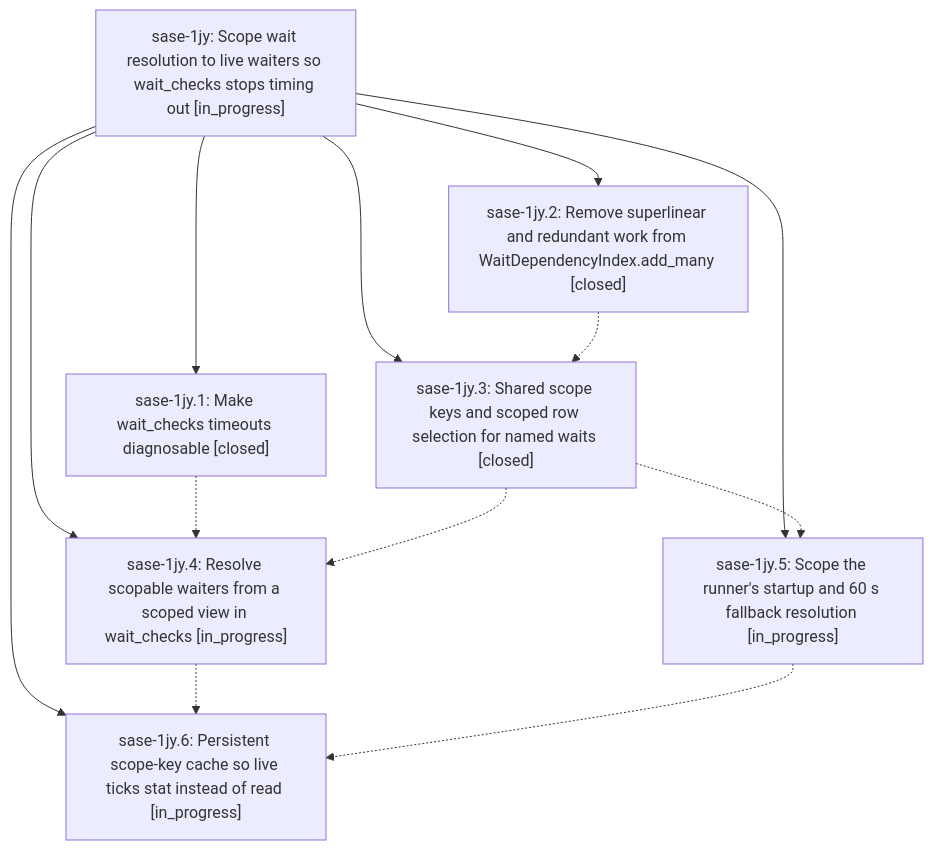
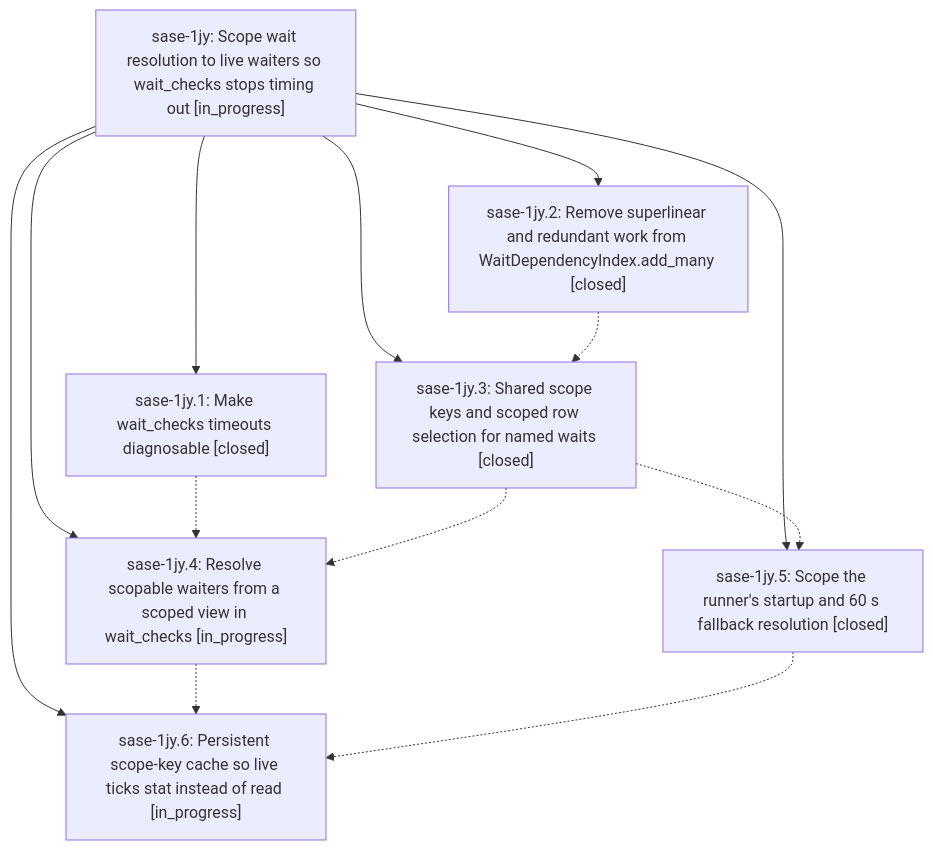
The diagram in pages/sase-1jy/README.md (sase-org/sase--beads), drawn with Mermaid before and after one commit. The commit also changed other lines of this file and 4 other files, not shown here.

````diff
--- a/pages/sase-1jy/README.md
+++ b/pages/sase-1jy/README.md
@@ -41,22 +41,22 @@
 ```mermaid
 flowchart TD
     n0["sase-1jy: Scope wait resolution to live waiters so wait_checks stops timing out [in_progress]"]
     n1["sase-1jy.1: Make wait_checks timeouts diagnosable [closed]"]
     n2["sase-1jy.2: Remove superlinear and redundant work from WaitDependencyIndex.add_many [closed]"]
     n3["sase-1jy.3: Shared scope keys and scoped row selection for named waits [closed]"]
     n4["sase-1jy.4: Resolve scopable waiters from a scoped view in wait_checks [in_progress]"]
-    n5["sase-1jy.5: Scope the runner's startup and 60 s fallback resolution [in_progress]"]
+    n5["sase-1jy.5: Scope the runner's startup and 60 s fallback resolution [closed]"]
     n6["sase-1jy.6: Persistent scope-key cache so live ticks stat instead of read [in_progress]"]
     n0 --> n1
     n0 --> n2
     n0 --> n3
     n0 --> n4
     n0 --> n5
     n0 --> n6
     n1 -.-> n4
     n2 -.-> n3
     n3 -.-> n4
     n3 -.-> n5
     n4 -.-> n6
     n5 -.-> n6
 ```
````
